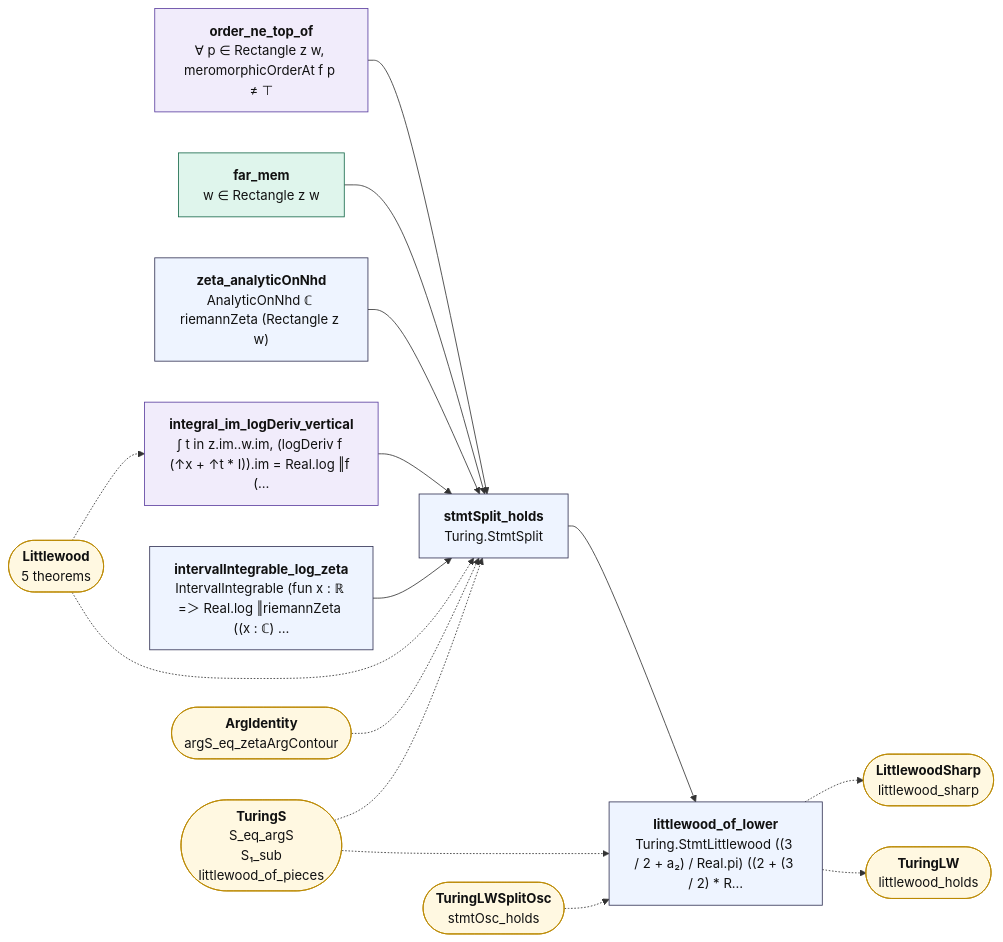
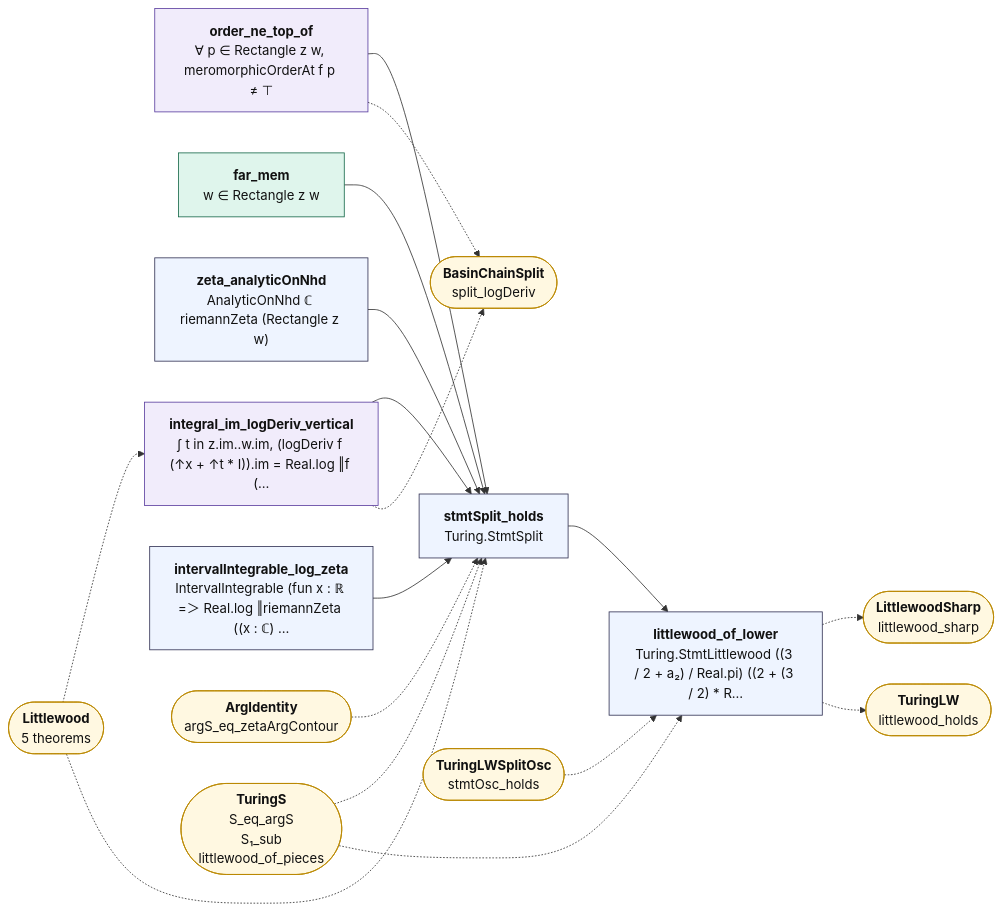
Before and after one commit to juliansambranojr/Primebeat_081426: the diagram in map/lean_stage3/TuringLWSplit.md, drawn with Mermaid. The commit also changed other lines of this file and 60 other files, not shown here.

````diff
--- a/map/lean_stage3/TuringLWSplit.md
+++ b/map/lean_stage3/TuringLWSplit.md
@@ -14,38 +14,41 @@
 ```mermaid
 flowchart LR
   n0["<b>order_ne_top_of</b><br/>∀ p ∈ Rectangle z w, meromorphicOrderAt f p ≠ ⊤"]:::shp
   n1["<b>far_mem</b><br/>w ∈ Rectangle z w"]:::cnt
   n2["<b>zeta_analyticOnNhd</b><br/>AnalyticOnNhd ℂ riemannZeta (Rectangle z w)"]:::thm
   n3["<b>integral_im_logDeriv_vertical</b><br/>∫ t in z.im..w.im, (logDeriv f (↑x + ↑t * I)).im = Real.log ‖f (…"]:::shp
   n4["<b>intervalIntegrable_log_zeta</b><br/>IntervalIntegrable (fun x : ℝ =＞ Real.log ‖riemannZeta ((x : ℂ) …"]:::thm
   n5["<b>stmtSplit_holds</b><br/>Turing.StmtSplit"]:::thm
   n6["<b>littlewood_of_lower</b><br/>Turing.StmtLittlewood ((3 / 2 + a₂) / Real.pi) ((2 + (3 / 2) * R…"]:::thm
-  x0(["<b>Littlewood</b><br/>5 theorems"]):::ext
-  x1(["<b>ArgIdentity</b><br/>argS_eq_zetaArgContour"]):::ext
-  x2(["<b>TuringS</b><br/>S_eq_argS<br/>S₁_sub<br/>littlewood_of_pieces"]):::ext
-  x3(["<b>TuringLWSplitOsc</b><br/>stmtOsc_holds"]):::ext
-  x4(["<b>LittlewoodSharp</b><br/>littlewood_sharp"]):::ext
-  x5(["<b>TuringLW</b><br/>littlewood_holds"]):::ext
+  x0(["<b>BasinChainSplit</b><br/>split_logDeriv"]):::ext
+  x1(["<b>Littlewood</b><br/>5 theorems"]):::ext
+  x2(["<b>ArgIdentity</b><br/>argS_eq_zetaArgContour"]):::ext
+  x3(["<b>TuringS</b><br/>S_eq_argS<br/>S₁_sub<br/>littlewood_of_pieces"]):::ext
+  x4(["<b>TuringLWSplitOsc</b><br/>stmtOsc_holds"]):::ext
+  x5(["<b>LittlewoodSharp</b><br/>littlewood_sharp"]):::ext
+  x6(["<b>TuringLW</b><br/>littlewood_holds"]):::ext
   n0 --> n5
   n1 --> n5
   n2 --> n5
   n3 --> n5
   n4 --> n5
   n5 --> n6
-  n6 -.-> x4
+  n0 -.-> x0
+  n3 -.-> x0
   n6 -.-> x5
-  x0 -.-> n3
-  x0 -.-> n5
+  n6 -.-> x6
+  x1 -.-> n3
   x1 -.-> n5
   x2 -.-> n5
-  x2 -.-> n6
+  x3 -.-> n5
   x3 -.-> n6
+  x4 -.-> n6
   classDef cnt fill:#dff5ec,stroke:#17694a,color:#111
   classDef shp fill:#f1ecfb,stroke:#5b3fa0,color:#111
   classDef rh fill:#ffe5e5,stroke:#c22,color:#111,stroke-width:2px
   classDef thm fill:#eef4ff,stroke:#335,color:#111
   classDef end_ fill:#e7f7e7,stroke:#2a7,color:#111,stroke-width:2px
   classDef lone fill:#fff,stroke:#999,color:#111,stroke-dasharray:4 3
   classDef bad fill:#ffe5e5,stroke:#c22,color:#111,stroke-width:2px
   classDef ext fill:#fff8e1,stroke:#b80,color:#111
 ```
````
